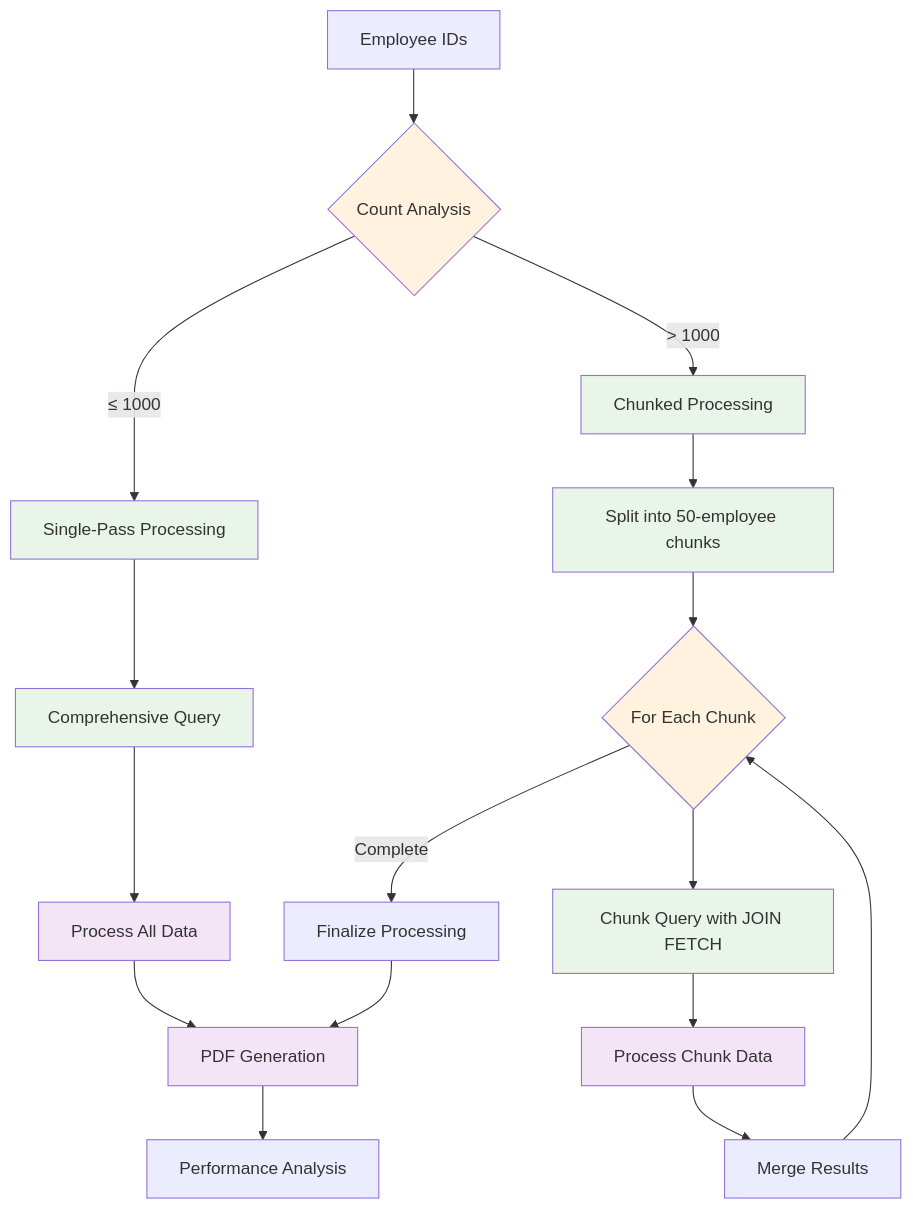
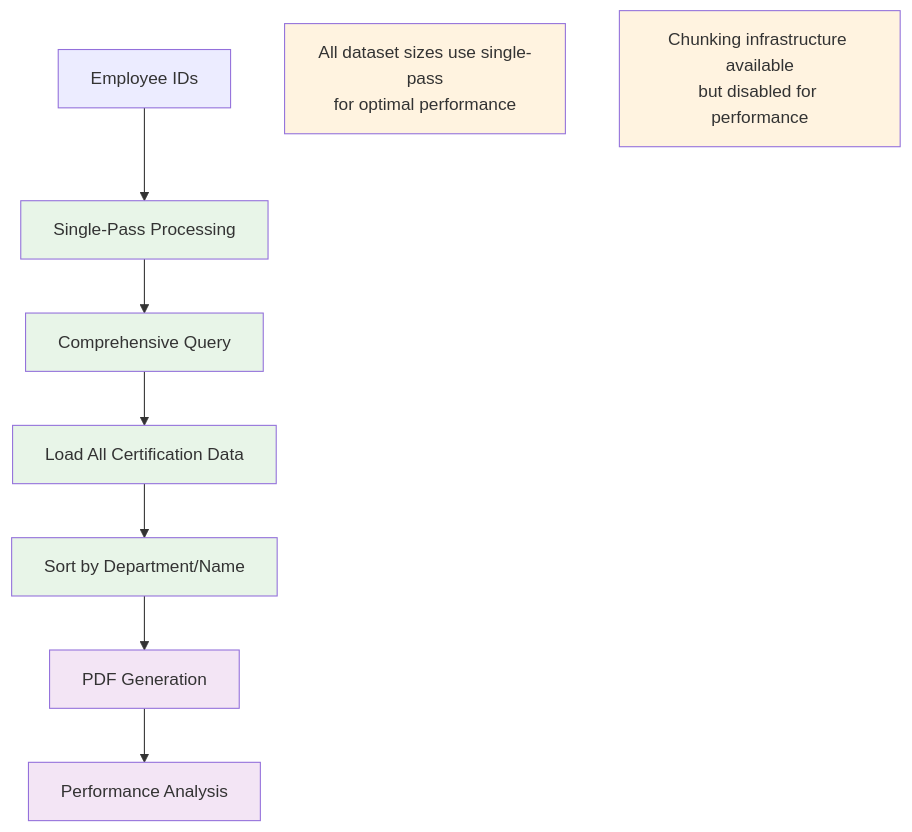
Before and after one commit to dpavelescu/certification-report-system: the fifth of 11 diagrams in docs/pdf-generation-process.md, drawn with Mermaid. The commit also changed other lines of this file and 3 other files, not shown here.

Commit message:
feat(docs): Update performance metrics and architecture documentation for consistency and clarity

````diff
--- a/docs/pdf-generation-process.md
+++ b/docs/pdf-generation-process.md
@@ -301,30 +293,22 @@
 ```mermaid
 graph TD
-    Input[Employee IDs] --> Size{Count Analysis}
-    Size -->|≤ 1000| Single[Single-Pass Processing]
-    Size -->|> 1000| Chunk[Chunked Processing]
+    Input[Employee IDs] --> Process[Single-Pass Processing]
     
-    Single --> Query1[Comprehensive Query]
-    Query1 --> Process1[Process All Data]
-    
-    Chunk --> Split[Split into 50-employee chunks]
-    Split --> Loop{For Each Chunk}
-    Loop --> Query2[Chunk Query with JOIN FETCH]
-    Query2 --> Process2[Process Chunk Data]
-    Process2 --> Merge[Merge Results]
-    Merge --> Loop
-    Loop -->|Complete| Finalize[Finalize Processing]
-    
-    Process1 --> Generate[PDF Generation]
-    Finalize --> Generate
+    Process --> Query[Comprehensive Query]
+    Query --> DataLoad[Load All Certification Data]
+    DataLoad --> Sort[Sort by Department/Name]
+    Sort --> Generate[PDF Generation]
     
     Generate --> Performance[Performance Analysis]
     
-    classDef decision fill:#fff3e0
+    Note1[All dataset sizes use single-pass<br/>for optimal performance]
+    Note2[Chunking infrastructure available<br/>but disabled for performance]
+    
     classDef process fill:#e8f5e8
     classDef optimize fill:#f3e5f5
+    classDef note fill:#fff3e0
     
-    class Size,Loop decision
-    class Single,Chunk,Split,Query1,Query2 process
-    class Process1,Process2,Generate optimize
+    class Process,Query,DataLoad,Sort process
+    class Generate,Performance optimize
+    class Note1,Note2 note
 ```
````
